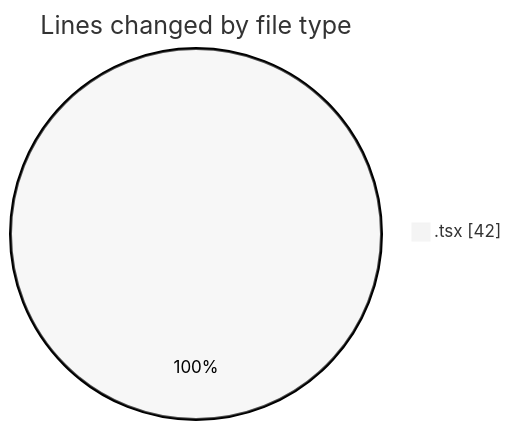
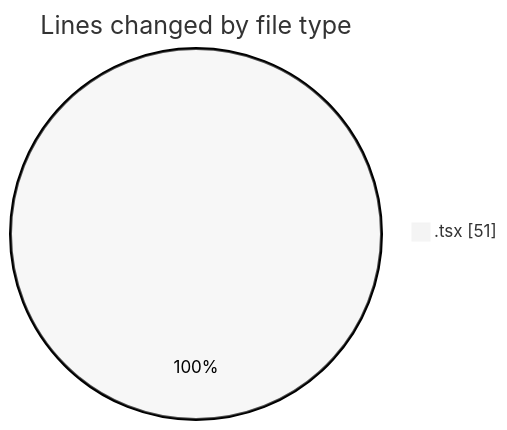
The first of 2 diagrams in 2025-03-27/cda/README.md (momahboobian/code-tracking), drawn with Mermaid (neutral theme) before and after one commit. The commit also changed other lines of this file and 1 other file, not shown here.

````diff
--- a/2025-03-27/cda/README.md
+++ b/2025-03-27/cda/README.md
@@ -20,5 +20,5 @@
 ```mermaid
 pie showData
 title Lines changed by file type
-".tsx" : 42
+".tsx" : 51
 ```
````
